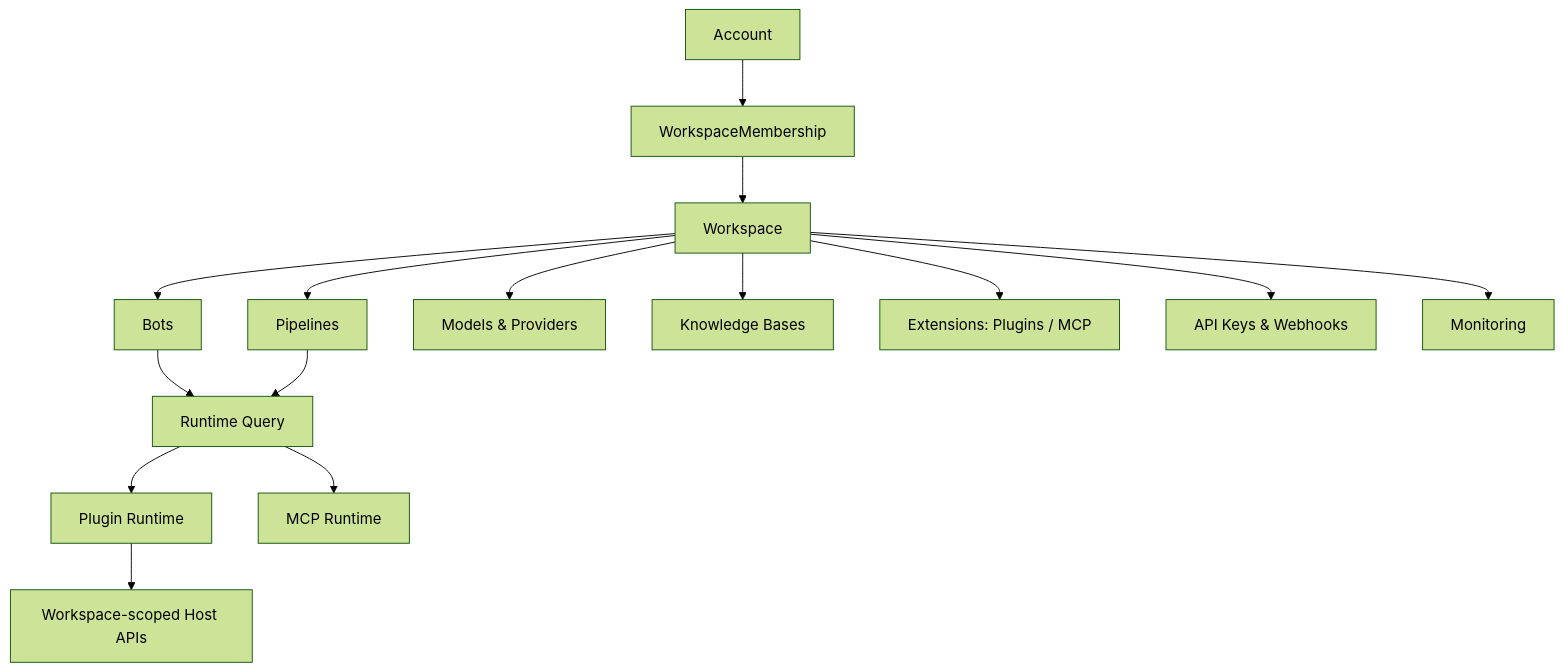
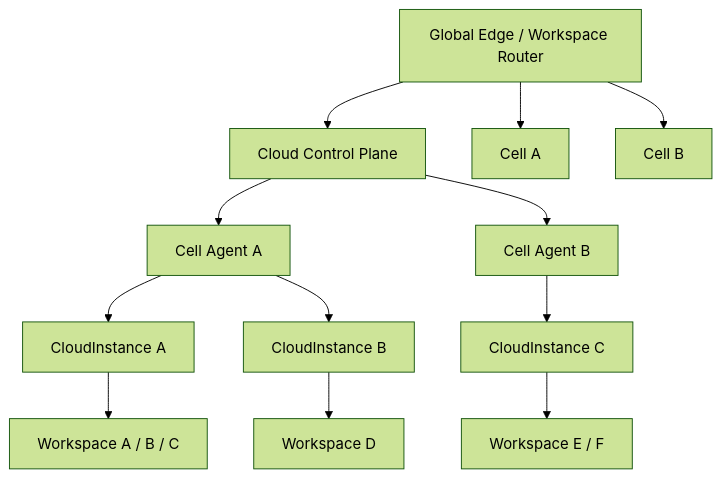
Before and after one commit to langbot-app/LangBot: the second of 2 diagrams in docs/multi-tenant/workspace-multi-user-architecture.md, drawn with Mermaid (forest theme). The commit also changed other lines of this file, not shown here.

Commit message:
docs: redesign multi-tenant workspace architecture

````diff
--- a/docs/multi-tenant/workspace-multi-user-architecture.md
+++ b/docs/multi-tenant/workspace-multi-user-architecture.md
@@ -225,17 +1103,14 @@
 ```mermaid
 flowchart TD
-    A["Account"] --> B["WorkspaceMembership"]
-    B --> C["Workspace"]
-    C --> D["Bots"]
-    C --> E["Pipelines"]
-    C --> F["Models & Providers"]
-    C --> G["Knowledge Bases"]
-    C --> H["Extensions: Plugins / MCP"]
-    C --> I["API Keys & Webhooks"]
-    C --> J["Monitoring"]
-    D --> K["Runtime Query"]
-    E --> K
-    K --> L["Plugin Runtime"]
-    K --> M["MCP Runtime"]
-    L --> N["Workspace-scoped Host APIs"]
+    Edge["Global Edge / Workspace Router"] --> CP["Cloud Control Plane"]
+    Edge --> CellA["Cell A"]
+    Edge --> CellB["Cell B"]
+    CP --> AgentA["Cell Agent A"]
+    CP --> AgentB["Cell Agent B"]
+    AgentA --> InstanceA["CloudInstance A"]
+    AgentA --> InstanceB["CloudInstance B"]
+    AgentB --> InstanceC["CloudInstance C"]
+    InstanceA --> WA["Workspace A / B / C"]
+    InstanceB --> WB["Workspace D"]
+    InstanceC --> WC["Workspace E / F"]
 ```
````
